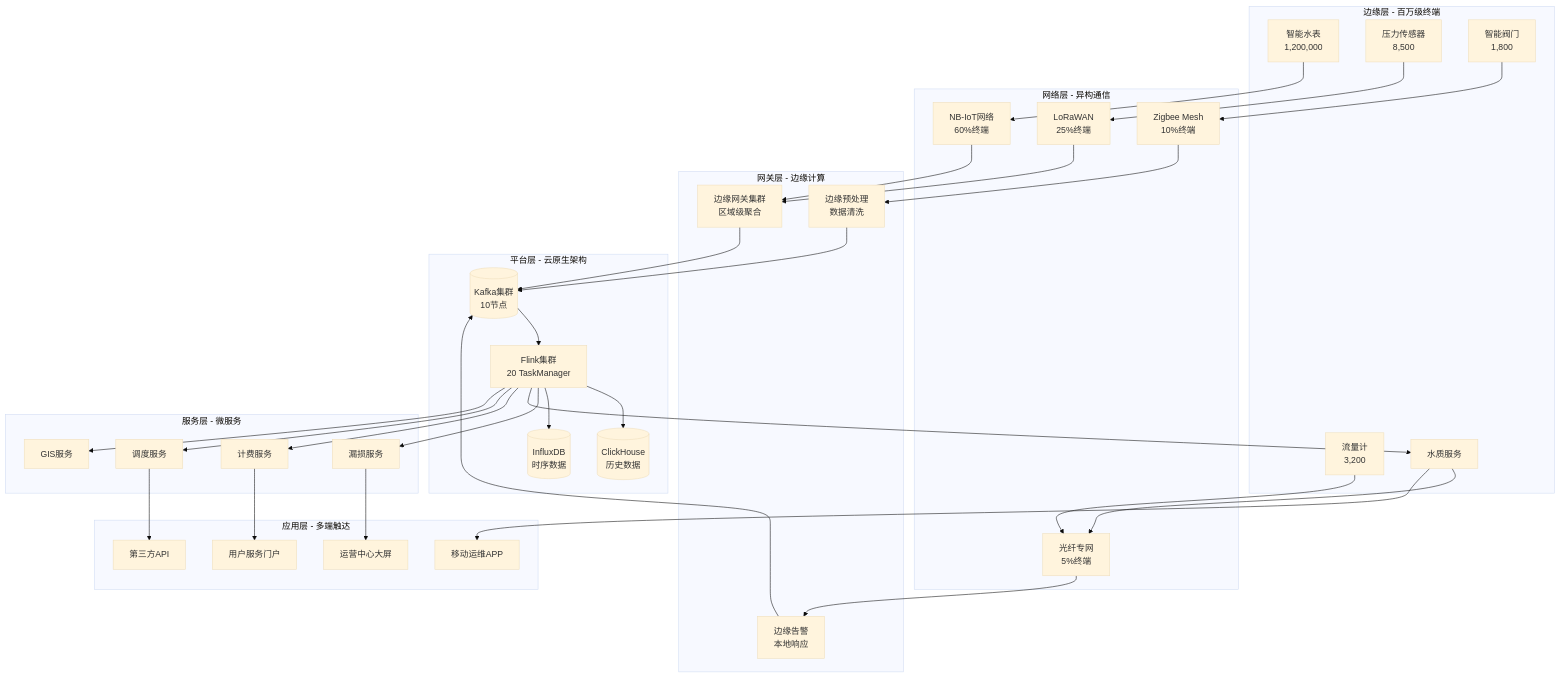
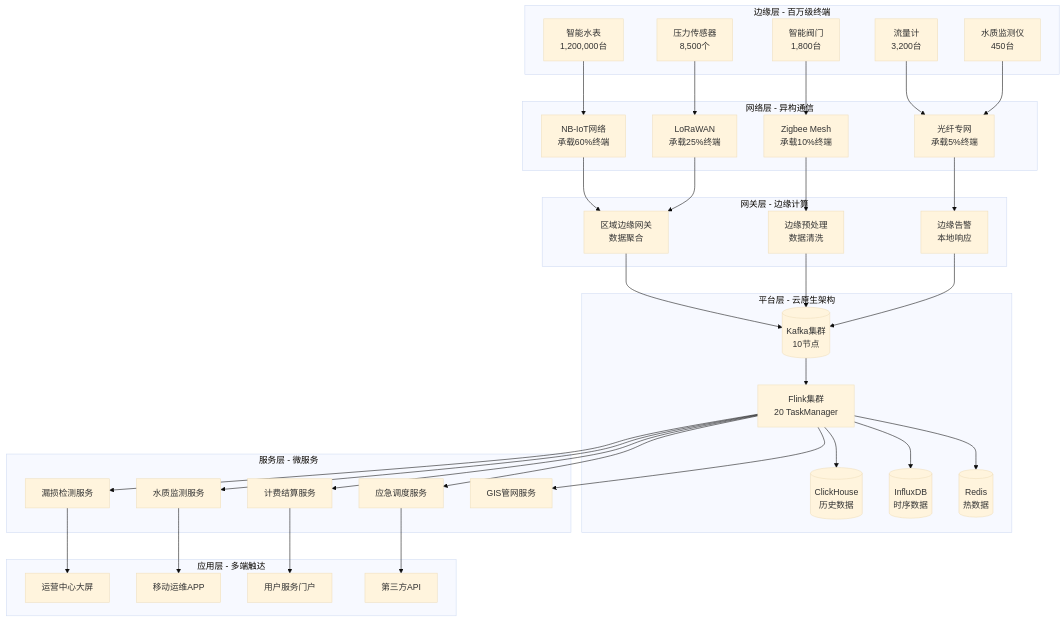
Before and after one commit to AdaMartin18010/AnalysisDataFlow: the first of 6 diagrams in Flink-IoT-Authority-Alignment/Phase-13-Water-Management/case-smart-water-complete.md, drawn with Mermaid (base theme). The commit also changed other lines of this file and 8 other files, not shown here.

````diff
--- a/Flink-IoT-Authority-Alignment/Phase-13-Water-Management/case-smart-water-complete.md
+++ b/Flink-IoT-Authority-Alignment/Phase-13-Water-Management/case-smart-water-complete.md
@@ -39,75 +408,77 @@
 ```mermaid
 graph TB
     subgraph Edge["边缘层 - 百万级终端"]
-        Meters[智能水表<br/>1,200,000]
-        Pressure[压力传感器<br/>8,500]
-        Flow[流量计<br/>3,200]
-        Quality[水质监测<br/>450]
-        Valve[智能阀门<br/>1,800]
+        Meters[智能水表<br/>1,200,000台]
+        Pressure[压力传感器<br/>8,500个]
+        Flow[流量计<br/>3,200台]
+        Quality[水质监测仪<br/>450台]
+        Valve[智能阀门<br/>1,800台]
     end
 
     subgraph Network["网络层 - 异构通信"]
-        NB[NB-IoT网络<br/>60%终端]
-        LoRa[LoRaWAN<br/>25%终端]
-        Zigbee[Zigbee Mesh<br/>10%终端]
-        Fiber[光纤专网<br/>5%终端]
+        NB[NB-IoT网络<br/>承载60%终端]
+        LoRa[LoRaWAN<br/>承载25%终端]
+        Zigbee[Zigbee Mesh<br/>承载10%终端]
+        Fiber[光纤专网<br/>承载5%终端]
     end
 
     subgraph Gateway["网关层 - 边缘计算"]
-        EG1[边缘网关集群<br/>区域级聚合]
+        EG1[区域边缘网关<br/>数据聚合]
         EG2[边缘预处理<br/>数据清洗]
         EG3[边缘告警<br/>本地响应]
     end
 
     subgraph Cloud["平台层 - 云原生架构"]
         Kafka[(Kafka集群<br/>10节点)]
         Flink[Flink集群<br/>20 TaskManager]
         ClickHouse[(ClickHouse<br/>历史数据)]
         Influx[(InfluxDB<br/>时序数据)]
+        Redis[(Redis<br/>热数据)]
     end
 
     subgraph Service["服务层 - 微服务"]
-        Leak[漏损服务]
-        Quality[水质服务]
-        Billing[计费服务]
-        Dispatch[调度服务]
-        GIS[GIS服务]
+        Leak[漏损检测服务]
+        QualitySvc[水质监测服务]
+        Billing[计费结算服务]
+        Dispatch[应急调度服务]
+        GIS[GIS管网服务]
     end
 
     subgraph App["应用层 - 多端触达"]
         Ops[运营中心大屏]
         Mobile[移动运维APP]
         Portal[用户服务门户]
         API[第三方API]
     end
 
     Meters --> NB
     Pressure --> LoRa
     Flow --> Fiber
     Quality --> Fiber
     Valve --> Zigbee
 
     NB --> EG1
     LoRa --> EG1
     Zigbee --> EG2
     Fiber --> EG3
 
     EG1 --> Kafka
     EG2 --> Kafka
     EG3 --> Kafka
 
     Kafka --> Flink
     Flink --> ClickHouse
     Flink --> Influx
+    Flink --> Redis
 
     Flink --> Leak
-    Flink --> Quality
+    Flink --> QualitySvc
     Flink --> Billing
     Flink --> Dispatch
     Flink --> GIS
 
     Leak --> Ops
-    Quality --> Mobile
+    QualitySvc --> Mobile
     Billing --> Portal
     Dispatch --> API
 ```
````
